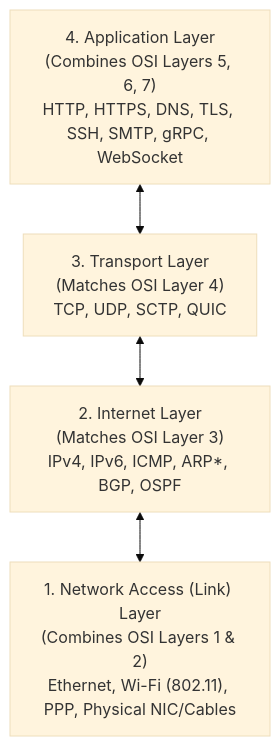
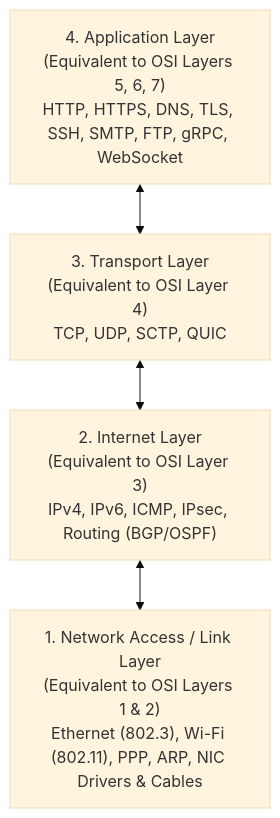
Before and after one commit to Patel-Neel-346/Notes: the fourth of 5 diagrams in Backend-engineering/3-Protocol/2-OSI-Model/1-OSI-Model.md, drawn with Mermaid (base theme). The commit also changed other lines of this file, not shown here.

````diff
--- a/Backend-engineering/3-Protocol/2-OSI-Model/1-OSI-Model.md
+++ b/Backend-engineering/3-Protocol/2-OSI-Model/1-OSI-Model.md
@@ -377,9 +559,9 @@
 ```mermaid
 flowchart TB
-    T4["4. Application Layer\n(Combines OSI Layers 5, 6, 7)\nHTTP, HTTPS, DNS, TLS, SSH, SMTP, gRPC, WebSocket"]
-    T3["3. Transport Layer\n(Matches OSI Layer 4)\nTCP, UDP, SCTP, QUIC"]
-    T2["2. Internet Layer\n(Matches OSI Layer 3)\nIPv4, IPv6, ICMP, ARP*, BGP, OSPF"]
-    T1["1. Network Access (Link) Layer\n(Combines OSI Layers 1 & 2)\nEthernet, Wi-Fi (802.11), PPP, Physical NIC/Cables"]
+    T4["4. Application Layer\n(Equivalent to OSI Layers 5, 6, 7)\nHTTP, HTTPS, DNS, TLS, SSH, SMTP, FTP, gRPC, WebSocket"]
+    T3["3. Transport Layer\n(Equivalent to OSI Layer 4)\nTCP, UDP, SCTP, QUIC"]
+    T2["2. Internet Layer\n(Equivalent to OSI Layer 3)\nIPv4, IPv6, ICMP, IPsec, Routing (BGP/OSPF)"]
+    T1["1. Network Access / Link Layer\n(Equivalent to OSI Layers 1 & 2)\nEthernet (802.3), Wi-Fi (802.11), PPP, ARP, NIC Drivers & Cables"]
 
     T4 <--> T3 <--> T2 <--> T1
 ```
````
